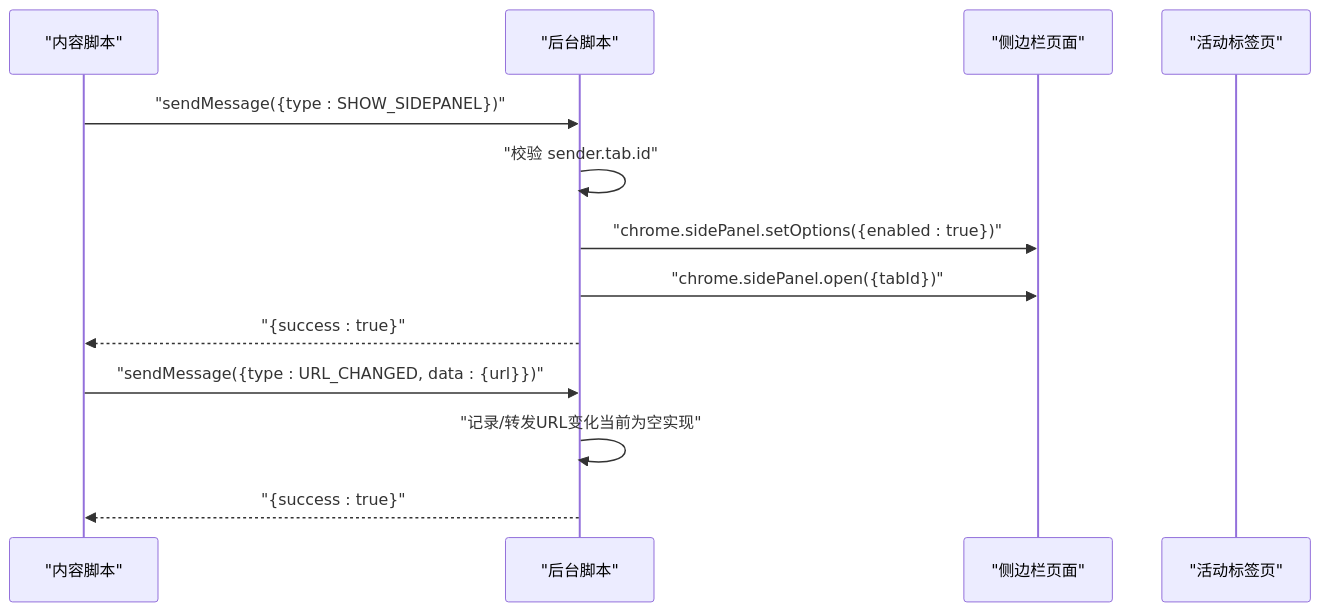
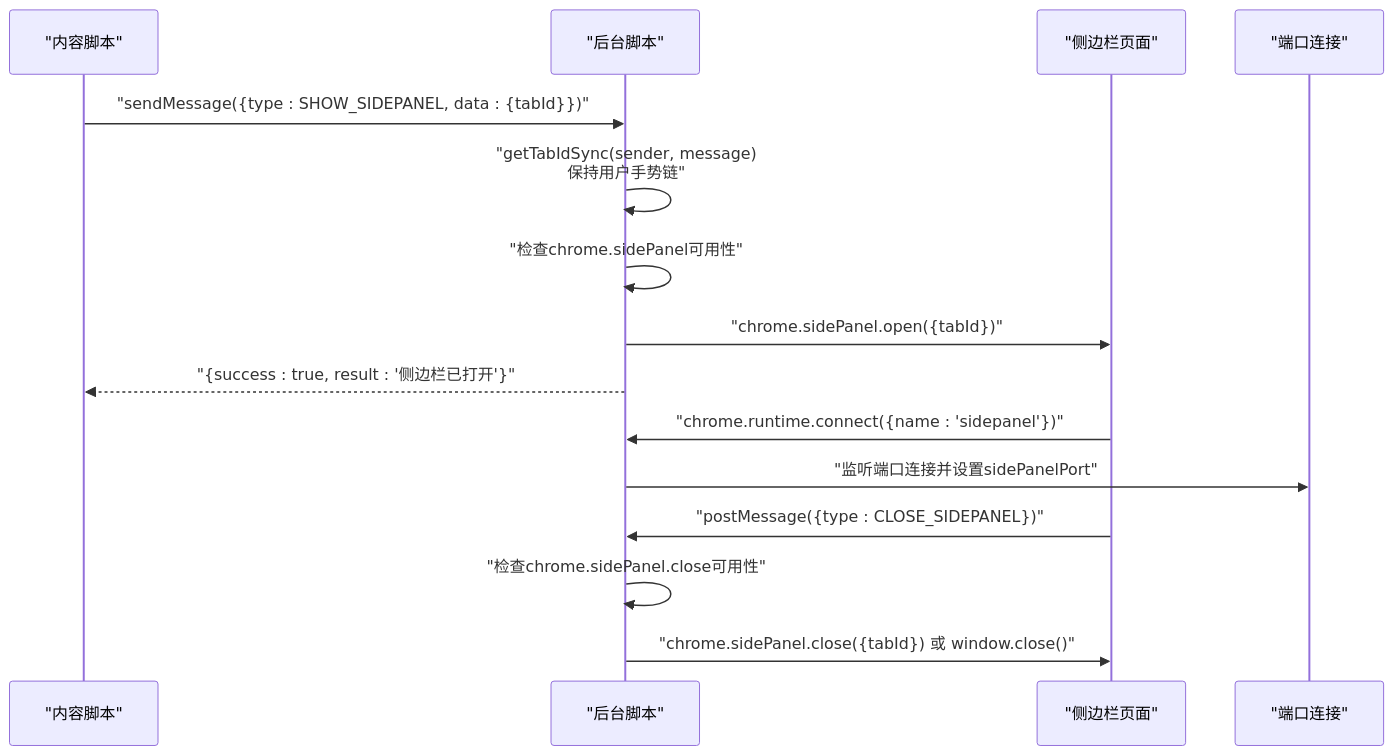
One commit to liaolongdong/account-password-helper changed the second of 12 diagrams in .qoder/repowiki/zh/content/扩展入口点/Background Script.md. Above: the diagram before and after it, drawn with Mermaid. The commit also changed other lines of this file and 23 other files, not shown here.

````diff
--- a/.qoder/repowiki/zh/content/扩展入口点/Background Script.md
+++ b/.qoder/repowiki/zh/content/扩展入口点/Background Script.md
@@ -93,15 +133,17 @@
 ```mermaid
 sequenceDiagram
 participant CS as "内容脚本"
 participant BG as "后台脚本"
 participant SP as "侧边栏页面"
-participant TAB as "活动标签页"
-CS->>BG : "sendMessage({type : SHOW_SIDEPANEL})"
-BG->>BG : "校验 sender.tab.id"
-BG->>SP : "chrome.sidePanel.setOptions({enabled : true})"
+participant PORT as "端口连接"
+CS->>BG : "sendMessage({type : SHOW_SIDEPANEL, data : {tabId}})"
+BG->>BG : "getTabIdSync(sender, message)<br/>保持用户手势链"
+BG->>BG : "检查chrome.sidePanel可用性"
 BG->>SP : "chrome.sidePanel.open({tabId})"
-BG-->>CS : "{success : true}"
-CS->>BG : "sendMessage({type : URL_CHANGED, data : {url}})"
-BG->>BG : "记录/转发URL变化当前为空实现"
-BG-->>CS : "{success : true}"
+BG-->>CS : "{success : true, result : '侧边栏已打开'}"
+SP->>BG : "chrome.runtime.connect({name : 'sidepanel'})"
+BG->>PORT : "监听端口连接并设置sidePanelPort"
+SP->>BG : "postMessage({type : CLOSE_SIDEPANEL})"
+BG->>BG : "检查chrome.sidePanel.close可用性"
+BG->>SP : "chrome.sidePanel.close({tabId}) 或 window.close()"
 ```
````
